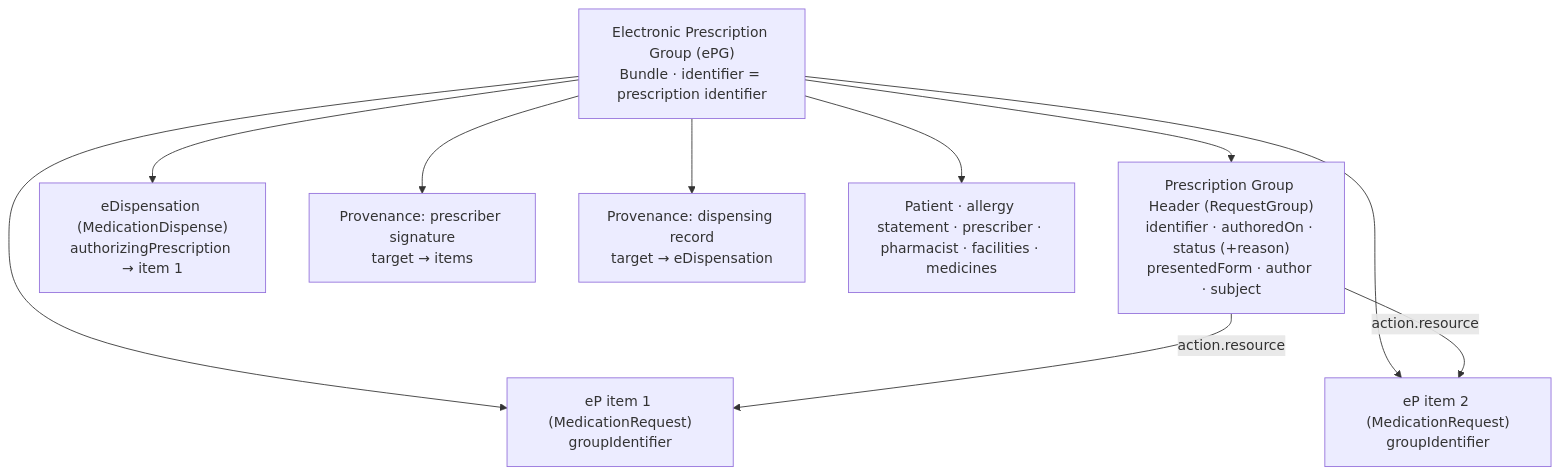
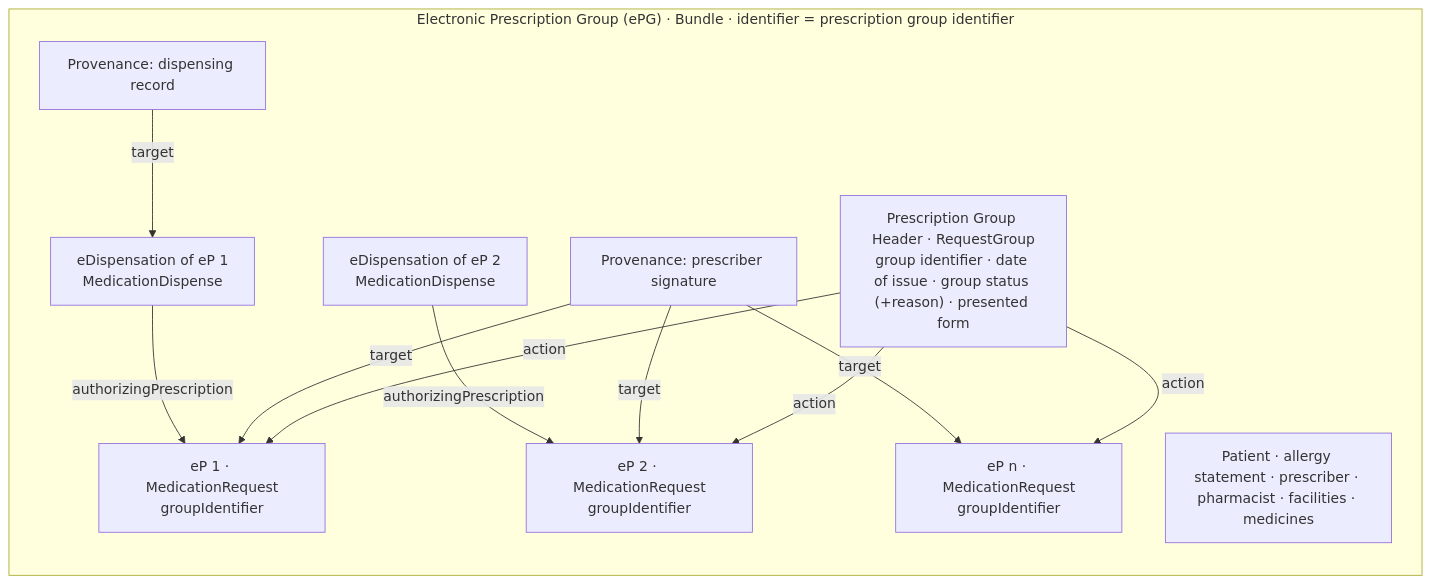
One commit to hl7-ie/medication-events changed the diagram in input/pagecontent/electronic-prescription-group.md. Above: the diagram before and after it, drawn with Mermaid. The commit also changed other lines of this file and 7 other files, not shown here.

````diff
--- a/input/pagecontent/electronic-prescription-group.md
+++ b/input/pagecontent/electronic-prescription-group.md
@@ -46,13 +50,24 @@
 ```mermaid
 flowchart TB
-    EPG["Electronic Prescription Group (ePG)<br/>Bundle · identifier = prescription identifier"]
-    EPG --> H["Prescription Group Header (RequestGroup)<br/>identifier · authoredOn · status (+reason)<br/>presentedForm · author · subject"]
-    EPG --> I1["eP item 1 (MedicationRequest)<br/>groupIdentifier"]
-    EPG --> I2["eP item 2 (MedicationRequest)<br/>groupIdentifier"]
-    EPG --> D1["eDispensation (MedicationDispense)<br/>authorizingPrescription → item 1"]
-    EPG --> PS["Provenance: prescriber signature<br/>target → items"]
-    EPG --> PD["Provenance: dispensing record<br/>target → eDispensation"]
-    EPG --> O["Patient · allergy statement · prescriber · pharmacist · facilities · medicines"]
-    H -- "action.resource" --> I1
-    H -- "action.resource" --> I2
+    subgraph EPG["Electronic Prescription Group (ePG) · Bundle · identifier = prescription group identifier"]
+        direction TB
+        P1["eP 1 · MedicationRequest<br/>groupIdentifier"]
+        P2["eP 2 · MedicationRequest<br/>groupIdentifier"]
+        PN["eP n · MedicationRequest<br/>groupIdentifier"]
+        D1["eDispensation of eP 1<br/>MedicationDispense"]
+        D2["eDispensation of eP 2<br/>MedicationDispense"]
+        S["Provenance: prescriber signature"]
+        DP["Provenance: dispensing record"]
+        H["Prescription Group Header · RequestGroup<br/>group identifier · date of issue · group status (+reason) · presented form"]
+        O["Patient · allergy statement · prescriber · pharmacist · facilities · medicines"]
+    end
+    D1 -- "authorizingPrescription" --> P1
+    D2 -- "authorizingPrescription" --> P2
+    S -- "target" --> P1
+    S -- "target" --> P2
+    S -- "target" --> PN
+    DP -- "target" --> D1
+    H -- "action" --> P1
+    H -- "action" --> P2
+    H -- "action" --> PN
 ```
````
